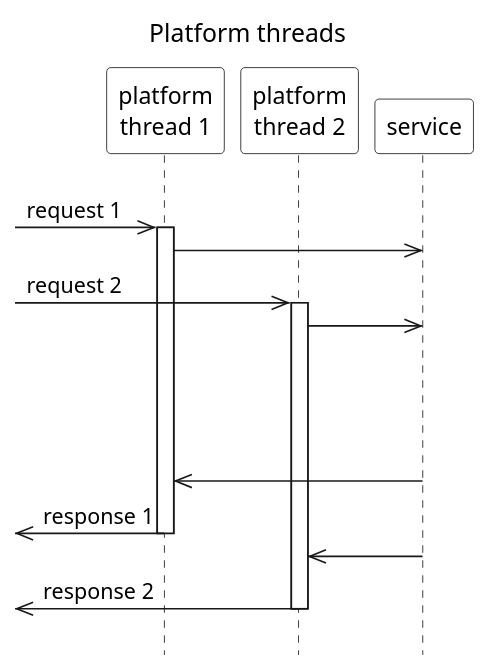
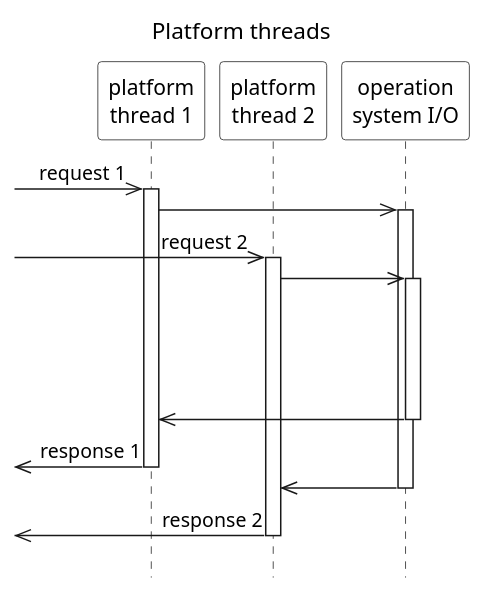
One commit to ti-cortex-m4/demo-java-virtual-threads2 changed the diagram in images/platform_threads.puml. Above: the diagram before and after it, drawn with PlantUML.

```diff
--- a/images/platform_threads.puml
+++ b/images/platform_threads.puml
@@ -1,68 +1,67 @@
 @startuml
-
-'!pragma teoz true
 
 title Platform threads
 
-scale 1.1
+scale 1.0
 hide footbox
+!pragma teoz true
+
 skinparam monochrome true
 skinparam defaultFontName Source Sans Pro
 skinparam titleFontSize 15
 skinparam titleFontStyle normal
 skinparam sequenceMessageAlign left
 skinparam participantBackgroundColor #white
 skinparam noteBackgroundColor #white
 skinparam sequenceGroupBackgroundColor #white
 
 participant "platform\nthread 1" as PlatformThread1
 participant "platform\nthread 2" as PlatformThread2
-participant "service" as Service
-
-||10||
+participant "operation\nsystem I/O" as Service
 
 ->> PlatformThread1: request 1
 activate PlatformThread1
 PlatformThread1->>Service
-'activate Service
+activate Service
 
 ->> PlatformThread2: request 2
 activate PlatformThread2
 PlatformThread2->>Service
+activate Service
 
 '->> PlatformThread2
 'activate PlatformThread2
 'PlatformThread2->>Service
 'deactivate PlatformThread2
 '<-[hidden]- PlatformThread2
 'activate PlatformThread2 #gray
 
 ||80||
 
 Service->>PlatformThread1
-'deactivate Service
+deactivate Service
 <<- PlatformThread1: response 1
 deactivate PlatformThread1
 
 Service->>PlatformThread2
-'deactivate Service
+deactivate Service
 <<- PlatformThread2: response 2
 deactivate PlatformThread2
 
 'deactivate PlatformThread1
 'deactivate PlatformThread1
 '& <<-- PlatformThread1
 'activate PlatformThread1
 
 
 'Service->>PlatformThread2
 'deactivate Service
 'deactivate PlatformThread2
 '<-[hidden]- PlatformThread2
 'activate PlatformThread2
 '<<- PlatformThread2
 'deactivate PlatformThread2
 
 ||10||
 
 @enduml
```
